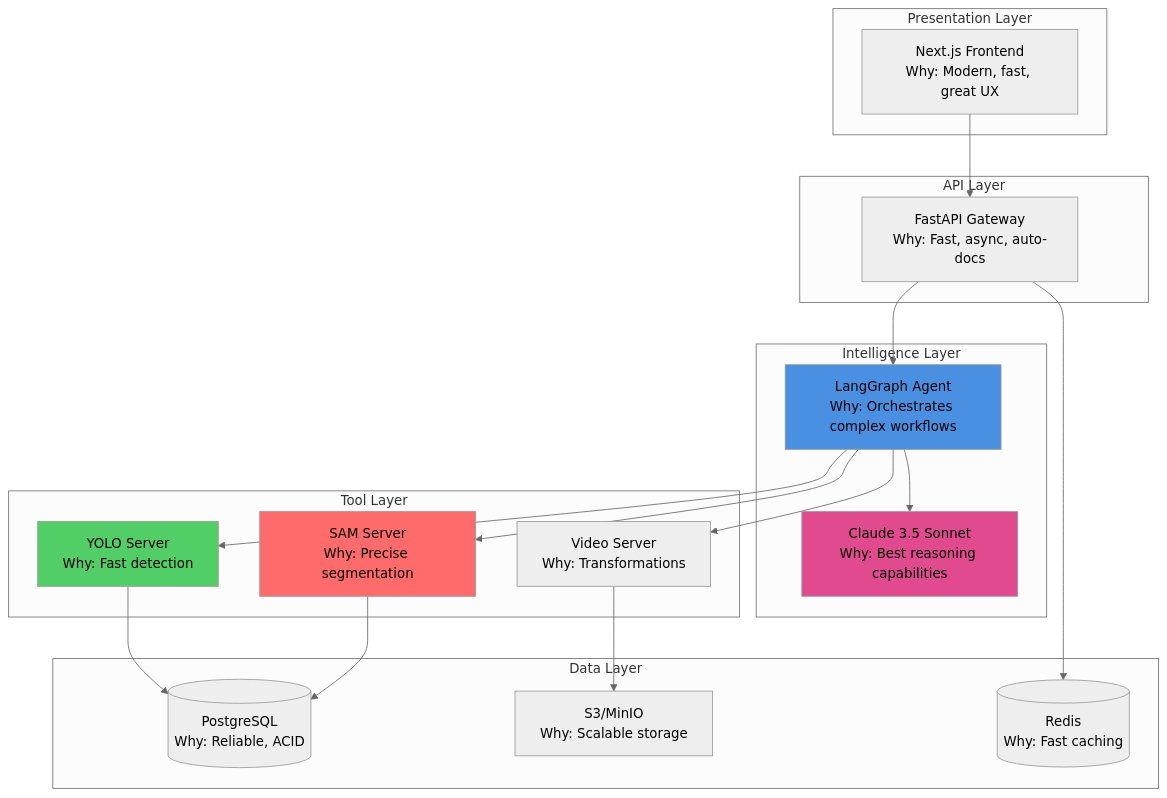
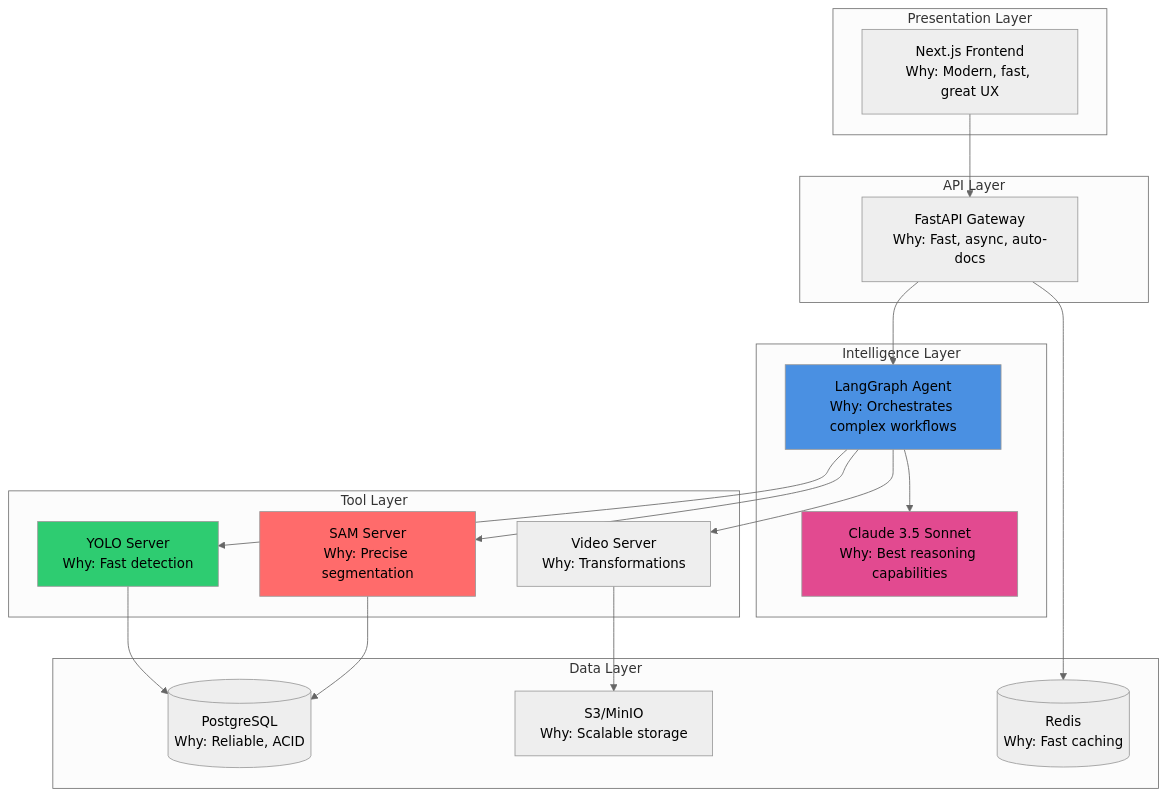
The third of 35 diagrams in README.md (Omenranr/rag-video), drawn with Mermaid (neutral theme) before and after one commit. The commit also changed other lines of this file, not shown here.

````diff
--- a/README.md
+++ b/README.md
@@ -71,43 +71,43 @@
 ```mermaid
 graph TB
     subgraph "Presentation Layer"
         UI[Next.js Frontend<br/>Why: Modern, fast, great UX]
     end
     
     subgraph "API Layer"
         API[FastAPI Gateway<br/>Why: Fast, async, auto-docs]
     end
     
     subgraph "Intelligence Layer"
         Agent[LangGraph Agent<br/>Why: Orchestrates complex workflows]
         Claude[Claude 3.5 Sonnet<br/>Why: Best reasoning capabilities]
     end
     
     subgraph "Tool Layer"
         YOLO[YOLO Server<br/>Why: Fast detection]
         SAM[SAM Server<br/>Why: Precise segmentation]
         Video[Video Server<br/>Why: Transformations]
     end
     
     subgraph "Data Layer"
         DB[(PostgreSQL<br/>Why: Reliable, ACID)]
         Storage[S3/MinIO<br/>Why: Scalable storage]
         Cache[(Redis<br/>Why: Fast caching)]
     end
     
     UI --> API
     API --> Agent
     Agent --> Claude
     Agent --> YOLO
     Agent --> SAM
     Agent --> Video
     YOLO --> DB
     SAM --> DB
     Video --> Storage
     API --> Cache
     
     style Agent fill:#4a90e2
     style Claude fill:#e24a90
-    style YOLO fill:#51cf66
+    style YOLO fill:#2ecc71
     style SAM fill:#ff6b6b
 ```
````
